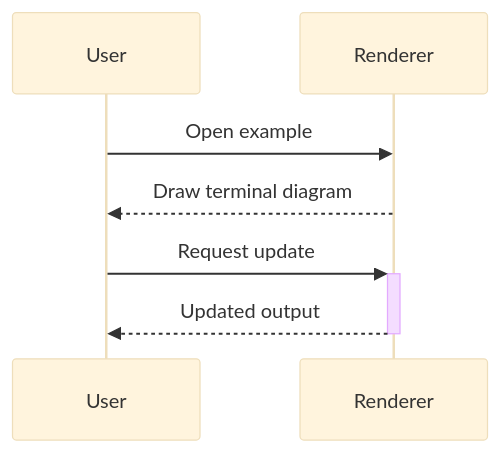
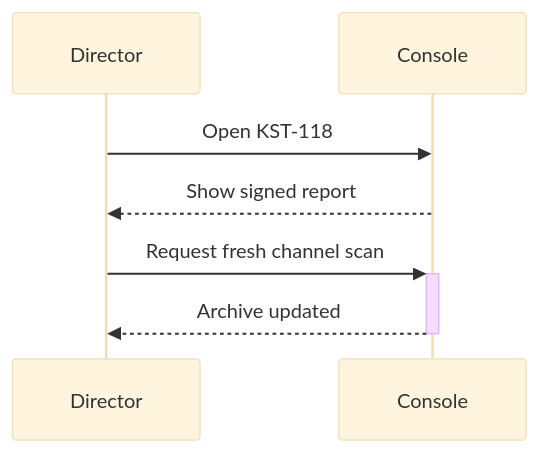
The fourth of 10 diagrams in examples/all.md (Desiment/opentui-markdown-render), drawn with Mermaid (base theme) before and after one commit. The commit also changed other lines of this file and 36 other files, not shown here.

````diff
--- a/examples/all.md
+++ b/examples/all.md
@@ -99,9 +106,9 @@
 ```mermaid
 sequenceDiagram
-  participant User
-  participant Renderer
-  User->>Renderer: Open example
-  Renderer-->>User: Draw terminal diagram
-  User->>+Renderer: Request update
-  Renderer-->>-User: Updated output
+  participant Director
+  participant Console
+  Director->>Console: Open KST-118
+  Console-->>Director: Show signed report
+  Director->>+Console: Request fresh channel scan
+  Console-->>-Director: Archive updated
 ```
````
